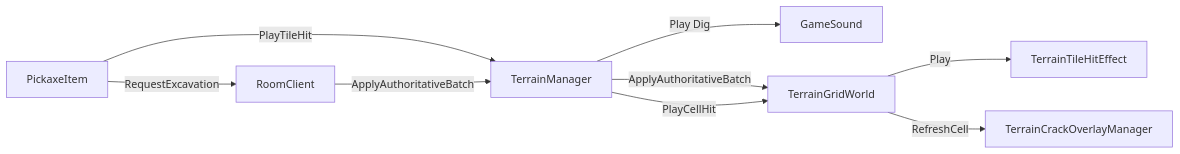
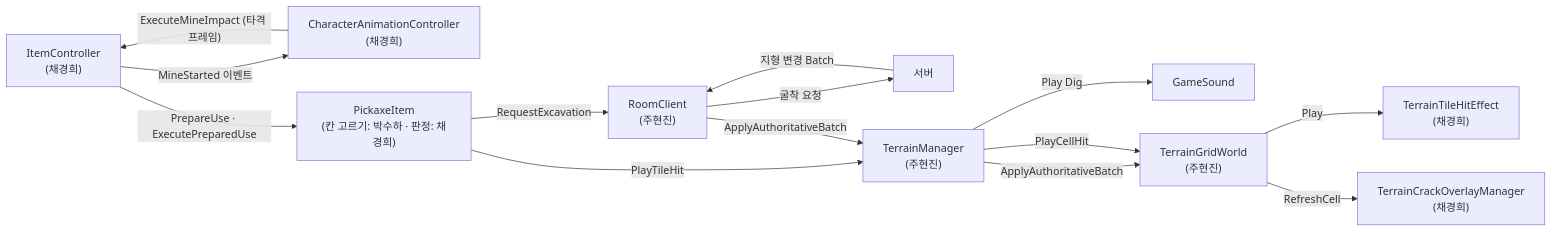
One commit to ashadeveloperr/ashadeveloperr.github.io changed the second of 8 diagrams in src/1-folk-sack/기술문서.md. Above: the diagram before and after it, drawn with Mermaid. The commit also changed other lines of this file and 8 other files, not shown here.

````diff
--- a/src/1-folk-sack/기술문서.md
+++ b/src/1-folk-sack/기술문서.md
@@ -84,11 +159,16 @@
 ```mermaid
 flowchart LR
-  PI["PickaxeItem"] -->|"RequestExcavation"| RC["RoomClient"]
-  PI -->|"PlayTileHit"| TM["TerrainManager"]
+  IC["ItemController<br/>(채경희)"] -->|"MineStarted 이벤트"| CAC["CharacterAnimationController<br/>(채경희)"]
+  CAC -->|"ExecuteMineImpact (타격 프레임)"| IC
+  IC -->|"PrepareUse · ExecutePreparedUse"| PI["PickaxeItem<br/>(칸 고르기: 박수하 · 판정: 채경희)"]
+  PI -->|"RequestExcavation"| RC["RoomClient<br/>(주현진)"]
+  RC -->|"굴착 요청"| SV["서버"]
+  SV -->|"지형 변경 Batch"| RC
+  PI -->|"PlayTileHit"| TM["TerrainManager<br/>(주현진)"]
   RC -->|"ApplyAuthoritativeBatch"| TM
   TM -->|"Play Dig"| GS["GameSound"]
-  TM -->|"ApplyAuthoritativeBatch"| TGW["TerrainGridWorld"]
+  TM -->|"ApplyAuthoritativeBatch"| TGW["TerrainGridWorld<br/>(주현진)"]
   TM -->|"PlayCellHit"| TGW
-  TGW -->|"Play"| THE["TerrainTileHitEffect"]
-  TGW -->|"RefreshCell"| TCO["TerrainCrackOverlayManager"]
+  TGW -->|"Play"| THE["TerrainTileHitEffect<br/>(채경희)"]
+  TGW -->|"RefreshCell"| TCO["TerrainCrackOverlayManager<br/>(채경희)"]
 ```
````
